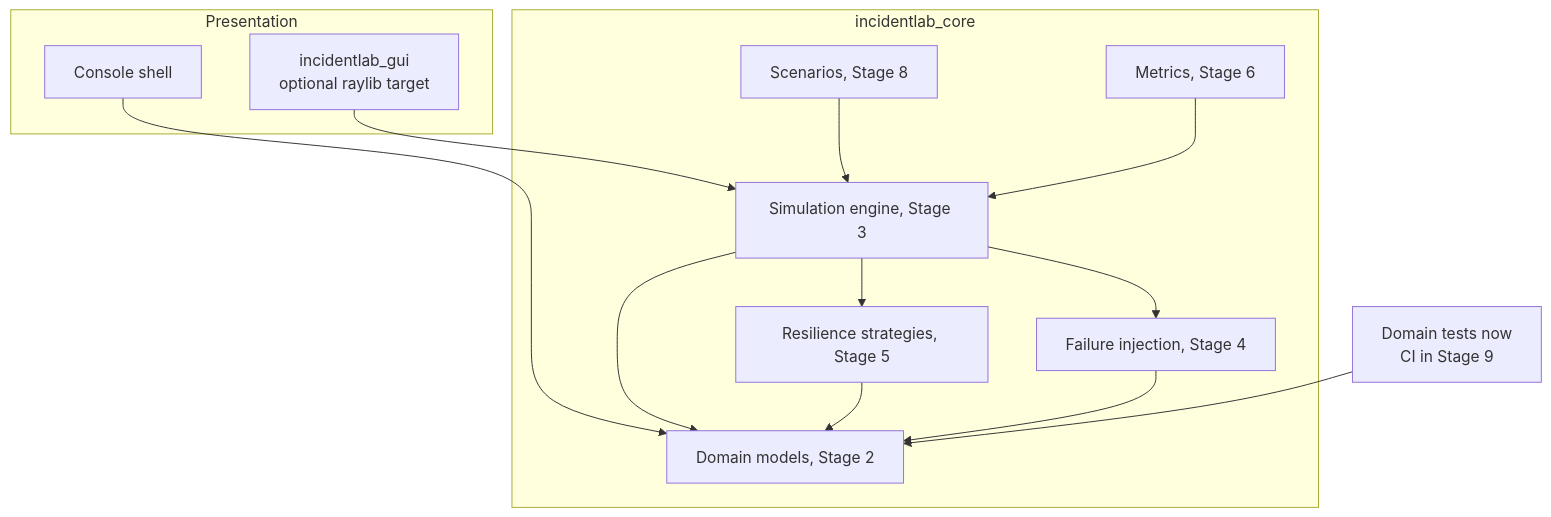
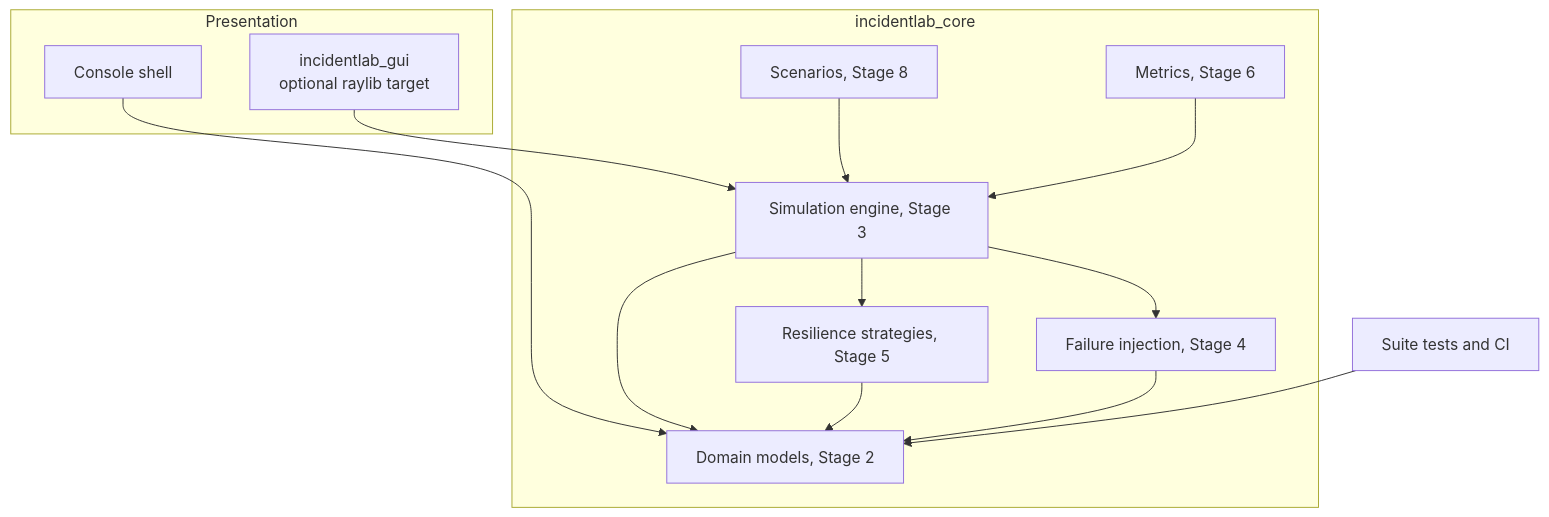
One commit to IG1234567/incidentLab changed the tenth of 10 diagrams in docs/architecture.md. Above: the diagram before and after it, drawn with Mermaid. The commit also changed other lines of this file and 14 other files, not shown here.

````diff
--- a/docs/architecture.md
+++ b/docs/architecture.md
@@ -333,29 +373,29 @@
 ```mermaid
 flowchart TB
     subgraph presentation [Presentation]
         Console["Console shell"]
         Viz["incidentlab_gui<br/>optional raylib target"]
     end
 
     subgraph core [incidentlab_core]
         Scenarios["Scenarios, Stage 8"]
         Metrics["Metrics, Stage 6"]
         Resilience["Resilience strategies, Stage 5"]
         Failures["Failure injection, Stage 4"]
         Engine["Simulation engine, Stage 3"]
         Domain["Domain models, Stage 2"]
     end
 
-    Tests["Domain tests now<br/>CI in Stage 9"]
+    Tests["Suite tests and CI"]
 
     Console --> Domain
     Viz --> Engine
     Scenarios --> Engine
     Engine --> Resilience
     Engine --> Failures
     Engine --> Domain
     Resilience --> Domain
     Failures --> Domain
     Metrics --> Engine
     Tests --> Domain
 ```
````
